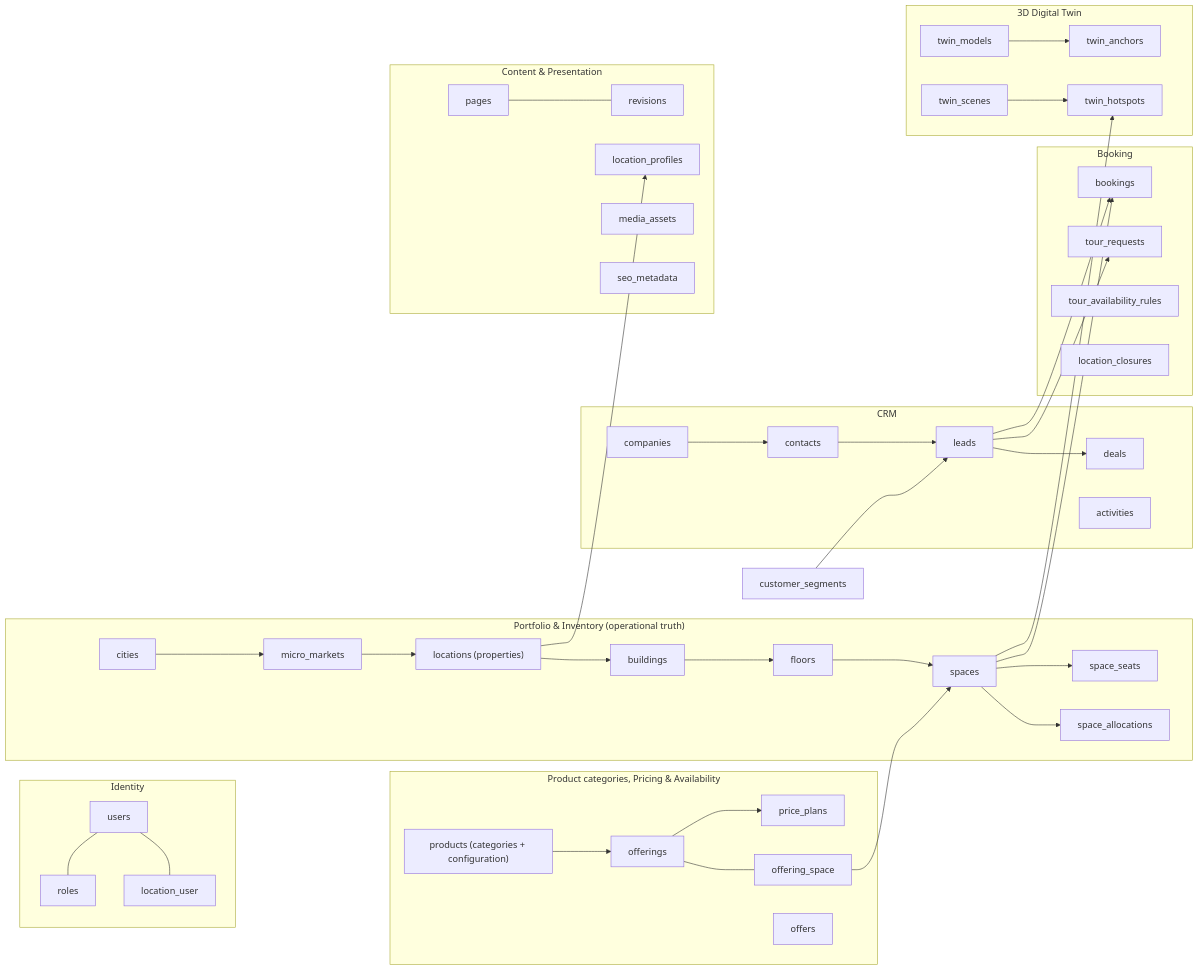
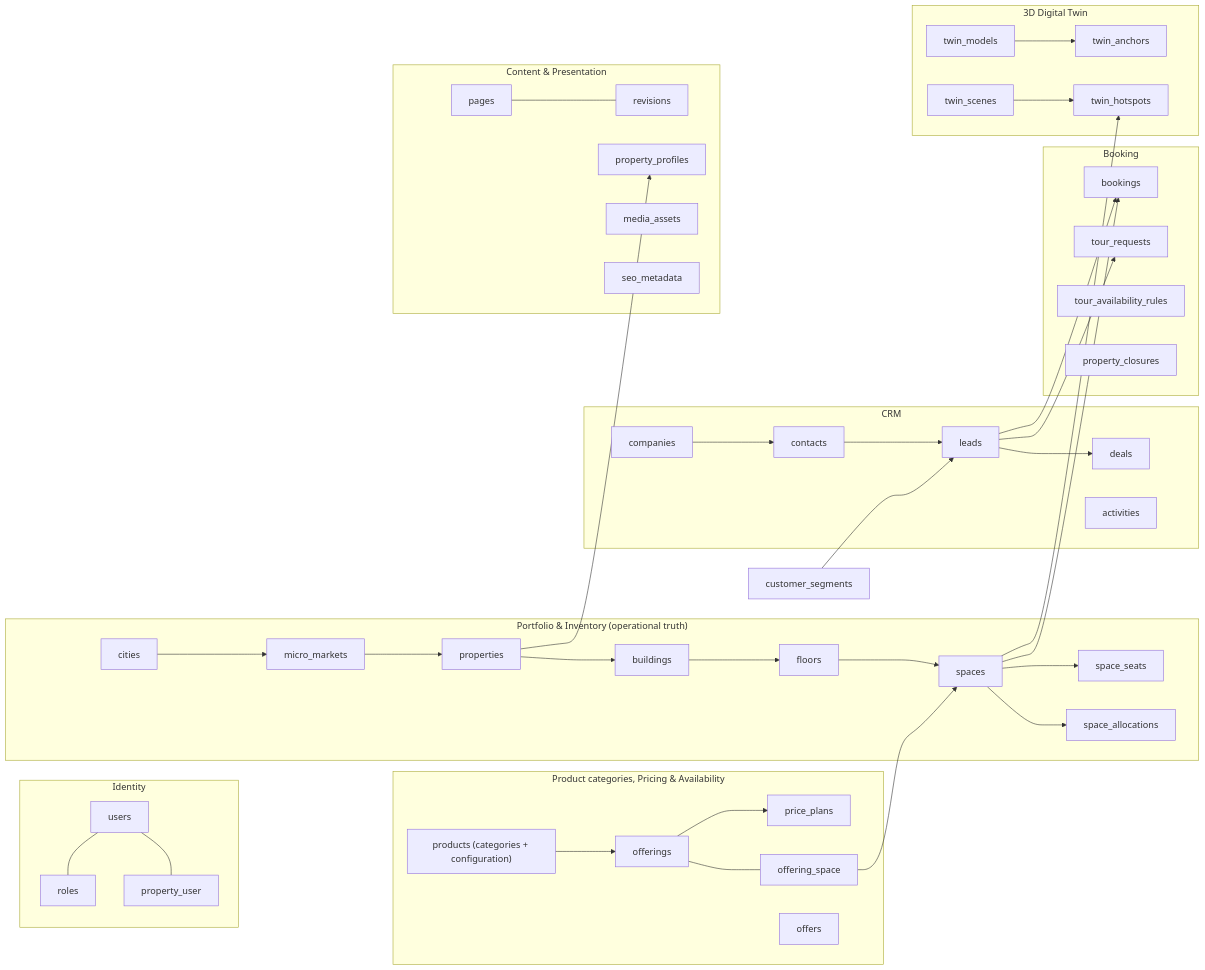
Before and after one commit to ErSuryaPrakashChamoli/smartgo: the first of 6 diagrams in docs/architecture/DATABASE_ERD.md, drawn with Mermaid. The commit also changed other lines of this file and 26 other files, not shown here.

````diff
--- a/docs/architecture/DATABASE_ERD.md
+++ b/docs/architecture/DATABASE_ERD.md
@@ -46,46 +46,46 @@
 ```mermaid
 flowchart LR
   subgraph Identity
     users --- roles
-    users --- location_user
+    users --- property_user
   end
   subgraph Portfolio["Portfolio & Inventory (operational truth)"]
-    cities --> micro_markets --> locations
-    locations["locations (properties)"] --> buildings --> floors --> spaces --> space_seats
+    cities --> micro_markets --> properties
+    properties --> buildings --> floors --> spaces --> space_seats
     spaces --> space_allocations
   end
   subgraph Commerce["Product categories, Pricing & Availability"]
     products["products (categories + configuration)"] --> offerings
     offerings --> price_plans
     offerings --- offering_space
     offers
   end
   subgraph Booking
     bookings
     tour_requests
     tour_availability_rules
-    location_closures
+    property_closures
   end
   subgraph CRM
     contacts --> leads --> deals
     companies --> contacts
     activities
   end
   subgraph Content["Content & Presentation"]
     pages --- revisions
-    location_profiles
+    property_profiles
     media_assets
     seo_metadata
   end
   subgraph Twin["3D Digital Twin"]
     twin_models --> twin_anchors
     twin_scenes --> twin_hotspots
   end
   spaces --> bookings
   spaces --> twin_hotspots
-  locations --> location_profiles
+  properties --> property_profiles
   leads --> tour_requests
   leads --> bookings
   offering_space --> spaces
   customer_segments --> leads
 ```
````
